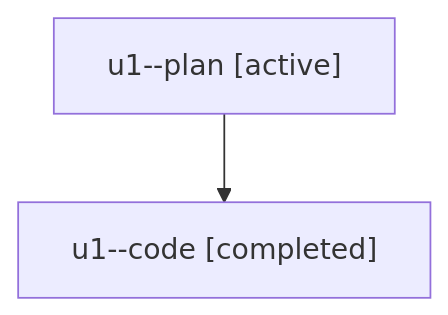
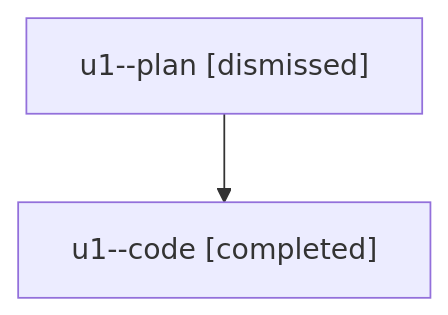
Before and after one commit to sase-org/sase--agents: the diagram in sessions/bbugyi200.athena.u1.md, drawn with Mermaid. The commit also changed other lines of this file and 21 other files, not shown here.

````diff
--- a/sessions/bbugyi200.athena.u1.md
+++ b/sessions/bbugyi200.athena.u1.md
@@ -9,6 +9,6 @@
 ```mermaid
 flowchart TD
-  n0["u1--plan [active]"]
+  n0["u1--plan [dismissed]"]
   n1["u1--code [completed]"]
   n0 --> n1
 ```
````
